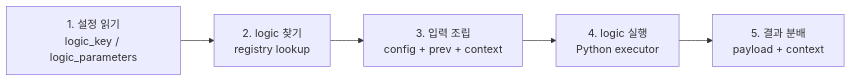
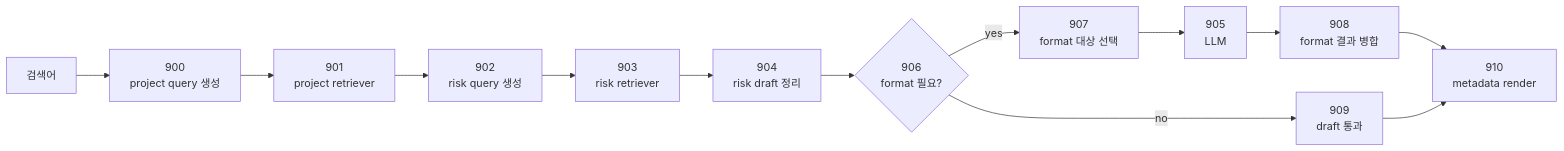
Before and after one commit to djoo-lgcns/dotfiles: the fourth of 16 diagrams in README.md, drawn with Mermaid. The commit also changed other lines of this file, not shown here.

````diff
--- a/README.md
+++ b/README.md
@@ -79,7 +187,15 @@
 ```mermaid
 flowchart LR
-  S1["1. 설정 읽기<br/>logic_key / logic_parameters"] --> S2["2. logic 찾기<br/>registry lookup"]
-  S2 --> S3["3. 입력 조립<br/>config + prev + context"]
-  S3 --> S4["4. logic 실행<br/>Python executor"]
-  S4 --> S5["5. 결과 분배<br/>payload + context"]
+  Q["검색어"] --> L1["900<br/>project query 생성"]
+  L1 --> R1["901<br/>project retriever"]
+  R1 --> L2["902<br/>risk query 생성"]
+  L2 --> R2["903<br/>risk retriever"]
+  R2 --> L3["904<br/>risk draft 정리"]
+  L3 --> S{"906<br/>format 필요?"}
+  S -->|yes| L4["907<br/>format 대상 선택"]
+  L4 --> A["905<br/>LLM"]
+  A --> L5["908<br/>format 결과 병합"]
+  S -->|no| L6["909<br/>draft 통과"]
+  L5 --> L7["910<br/>metadata render"]
+  L6 --> L7
 ```
````
